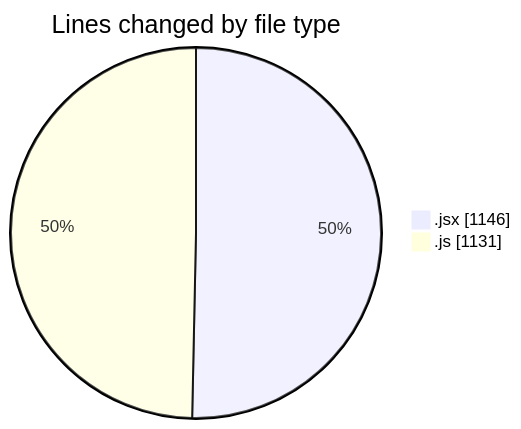
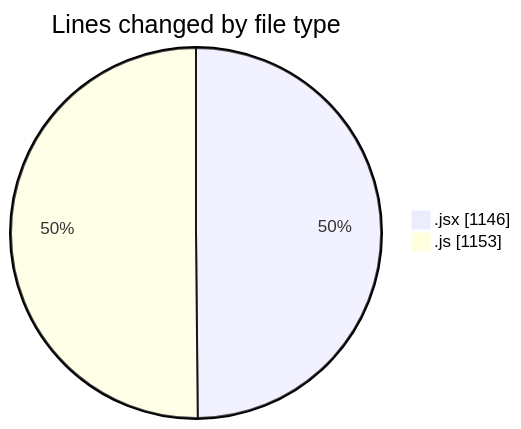
Before and after one commit to nxtqubesakshisongat/code-tracking: the first of 2 diagrams in 2025-12-08/nxtqube_webapp/README.md, drawn with Mermaid. The commit also changed other lines of this file and 1 other file, not shown here.

````diff
--- a/2025-12-08/nxtqube_webapp/README.md
+++ b/2025-12-08/nxtqube_webapp/README.md
@@ -24,6 +24,6 @@
 ```mermaid
 pie showData
 title Lines changed by file type
 ".jsx" : 1146
-".js" : 1131
+".js" : 1153
 ```
````
